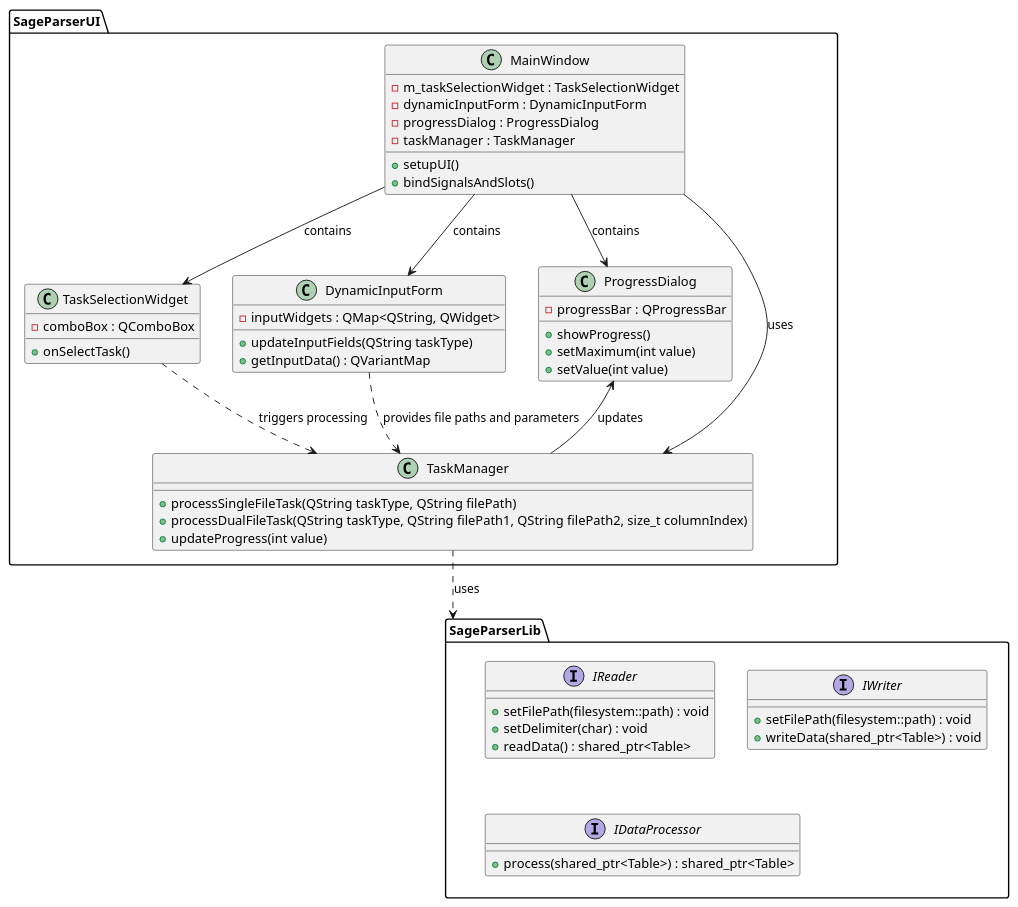
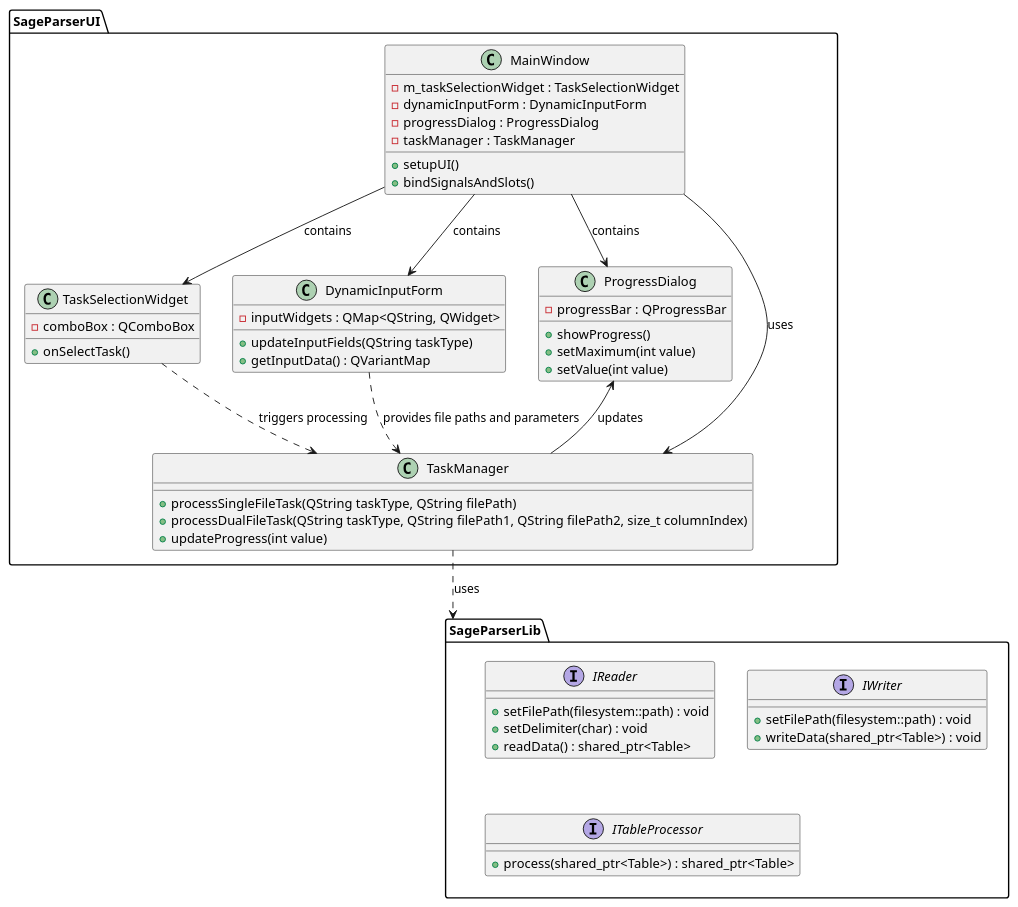
The diagram in docs/Ui_Design.puml (Sage-Cat/SageParser), drawn with PlantUML before and after one commit. The commit also changed 19 other files, not shown here.

```diff
--- a/docs/Ui_Design.puml
+++ b/docs/Ui_Design.puml
@@ -1,69 +1,69 @@
 @startuml
 
 package SageParserUI {
 
     class MainWindow {
         - m_taskSelectionWidget : TaskSelectionWidget
         - dynamicInputForm : DynamicInputForm
         - progressDialog : ProgressDialog
         - taskManager : TaskManager
         + setupUI()
         + bindSignalsAndSlots()
     }
 
     class TaskSelectionWidget {
         - comboBox : QComboBox
         + onSelectTask()
     }
 
     class DynamicInputForm {
         - inputWidgets : QMap<QString, QWidget>
         + updateInputFields(QString taskType)
         + getInputData() : QVariantMap
     }
 
     class ProgressDialog {
         - progressBar : QProgressBar
         + showProgress()
         + setMaximum(int value)
         + setValue(int value)
     }
 
     class TaskManager {
         + processSingleFileTask(QString taskType, QString filePath)
         + processDualFileTask(QString taskType, QString filePath1, QString filePath2, size_t columnIndex)
         + updateProgress(int value)
     }
 }
 
 package SageParserLib {
 
     interface IReader {
         + setFilePath(filesystem::path) : void
         + setDelimiter(char) : void
         + readData() : shared_ptr<Table>
     }
 
     interface IWriter {
         + setFilePath(filesystem::path) : void
         + writeData(shared_ptr<Table>) : void
     }
 
-    interface IDataProcessor {
+    interface ITableProcessor {
         + process(shared_ptr<Table>) : shared_ptr<Table>
     }
 
 }
 
 MainWindow --> TaskSelectionWidget : contains
 MainWindow --> DynamicInputForm : contains
 MainWindow --> ProgressDialog : contains
 MainWindow --> TaskManager : uses
 
 TaskSelectionWidget ..> TaskManager : triggers processing
 DynamicInputForm ..> TaskManager : provides file paths and parameters
 ProgressDialog <-- TaskManager : updates
 
 TaskManager ..> SageParserLib : uses
 
 @enduml
```
